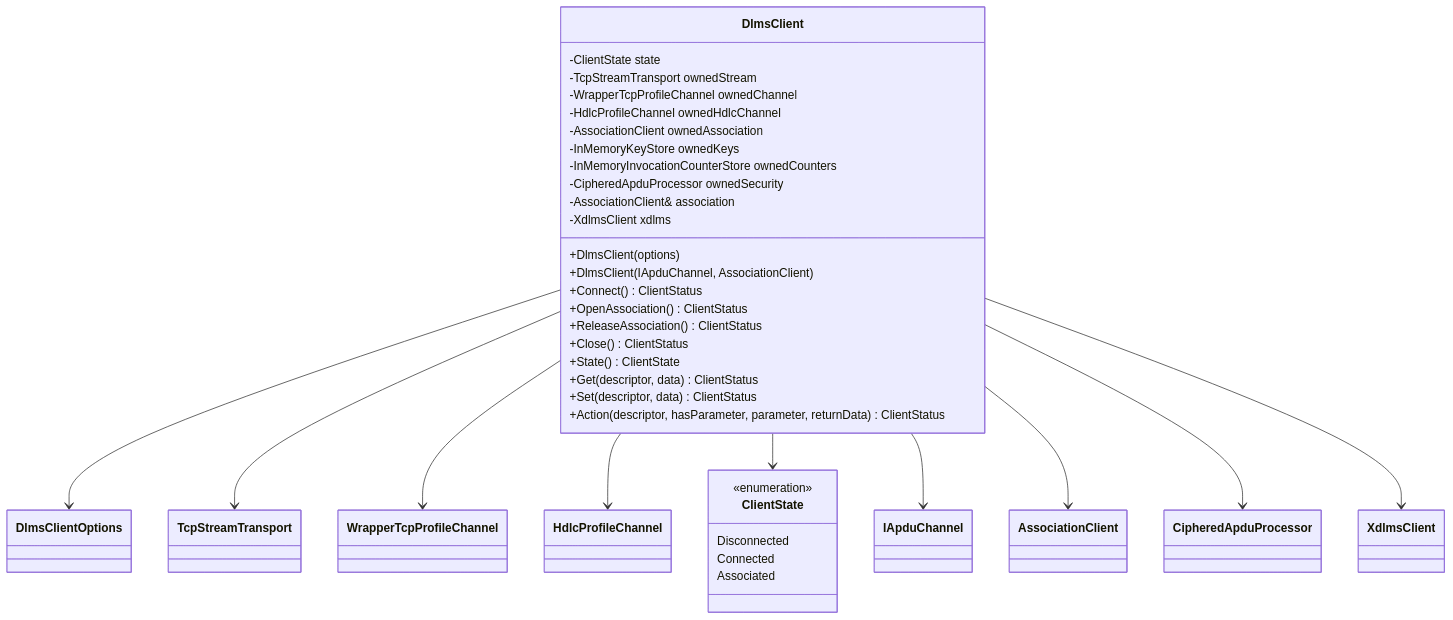
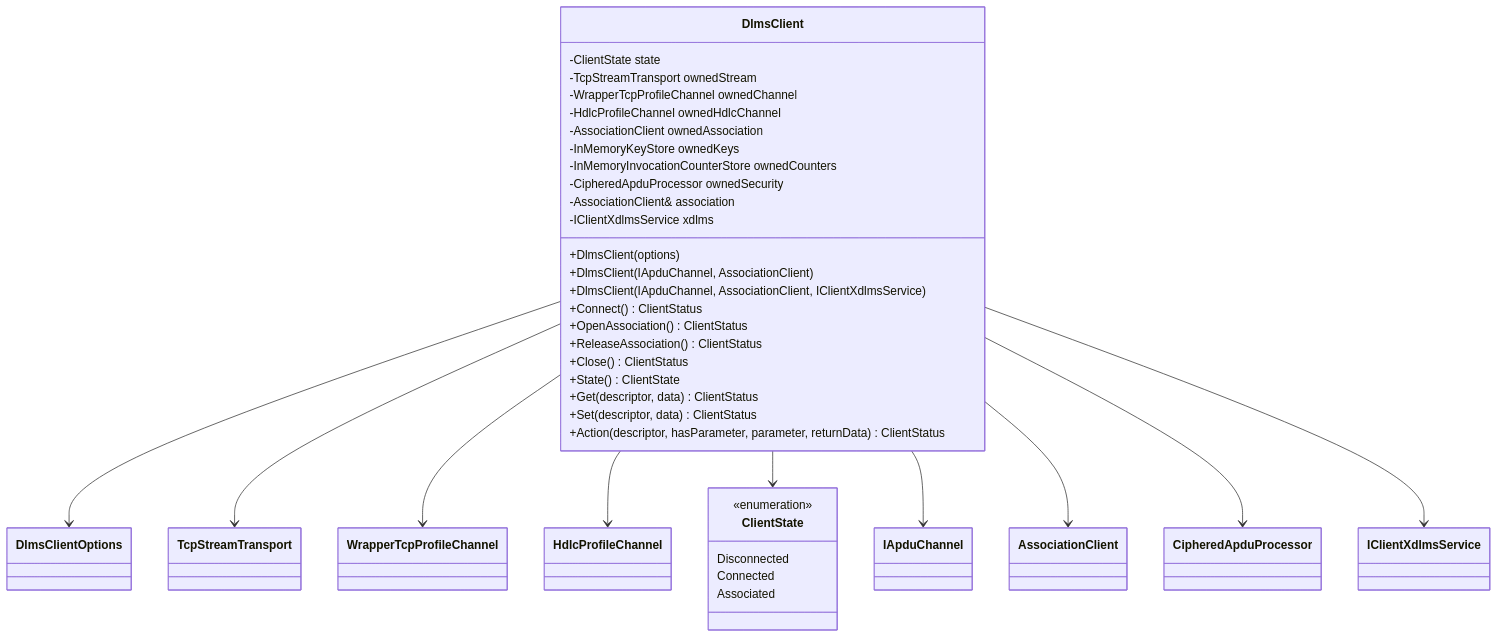
The third of 8 diagrams in docs/02_client_architecture.md (gvtret/dlms-client), drawn with Mermaid before and after one commit. The commit also changed other lines of this file and 6 other files, not shown here.

First line of the commit message:
feat(client): add abstract xdlms service port

````diff
--- a/docs/02_client_architecture.md
+++ b/docs/02_client_architecture.md
@@ -67,51 +69,52 @@
 ```mermaid
 classDiagram
   class DlmsClient {
     -ClientState state
     -TcpStreamTransport ownedStream
     -WrapperTcpProfileChannel ownedChannel
     -HdlcProfileChannel ownedHdlcChannel
     -AssociationClient ownedAssociation
     -InMemoryKeyStore ownedKeys
     -InMemoryInvocationCounterStore ownedCounters
     -CipheredApduProcessor ownedSecurity
     -AssociationClient& association
-    -XdlmsClient xdlms
+    -IClientXdlmsService xdlms
     +DlmsClient(options)
     +DlmsClient(IApduChannel, AssociationClient)
+    +DlmsClient(IApduChannel, AssociationClient, IClientXdlmsService)
     +Connect() ClientStatus
     +OpenAssociation() ClientStatus
     +ReleaseAssociation() ClientStatus
     +Close() ClientStatus
     +State() ClientState
     +Get(descriptor, data) ClientStatus
     +Set(descriptor, data) ClientStatus
     +Action(descriptor, hasParameter, parameter, returnData) ClientStatus
   }
 
   class ClientState {
     <<enumeration>>
     Disconnected
     Connected
     Associated
   }
 
   class DlmsClientOptions
   class TcpStreamTransport
   class WrapperTcpProfileChannel
   class HdlcProfileChannel
   class IApduChannel
   class AssociationClient
   class CipheredApduProcessor
-  class XdlmsClient
+  class IClientXdlmsService
 
   DlmsClient --> DlmsClientOptions
   DlmsClient --> TcpStreamTransport
   DlmsClient --> WrapperTcpProfileChannel
   DlmsClient --> HdlcProfileChannel
   DlmsClient --> ClientState
   DlmsClient --> IApduChannel
   DlmsClient --> AssociationClient
   DlmsClient --> CipheredApduProcessor
-  DlmsClient --> XdlmsClient
+  DlmsClient --> IClientXdlmsService
 ```
````
